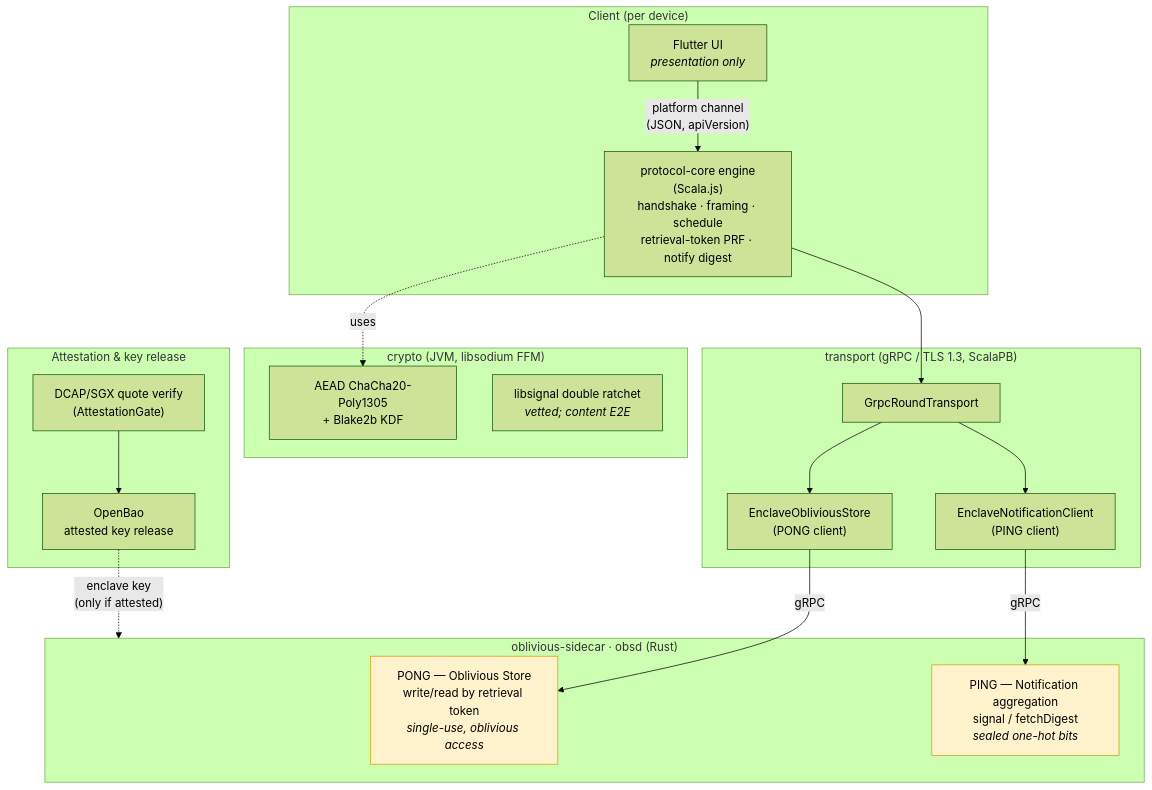
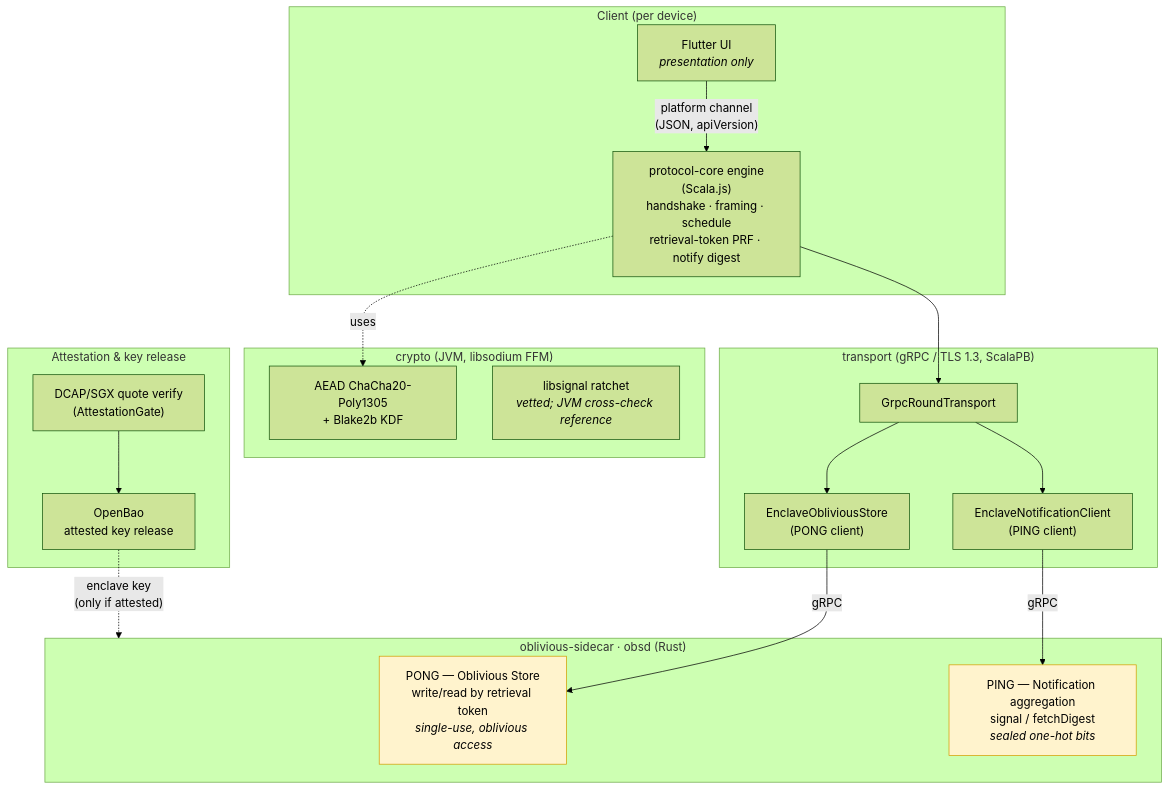
One commit to oluies/Deppis changed the first of 9 diagrams in ARCHITECTURE.md. Above: the diagram before and after it, drawn with Mermaid (forest theme). The commit also changed other lines of this file and 1 other file, not shown here.

````diff
--- a/ARCHITECTURE.md
+++ b/ARCHITECTURE.md
@@ -21,41 +21,41 @@
 ```mermaid
 flowchart TB
     subgraph client["Client (per device)"]
         flutter["Flutter UI<br/><i>presentation only</i>"]
         engine["protocol-core engine<br/>(Scala.js)<br/>handshake · framing · schedule<br/>retrieval-token PRF · notify digest"]
         flutter -->|"platform channel<br/>(JSON, apiVersion)"| engine
     end
 
     subgraph crypto["crypto (JVM, libsodium FFM)"]
         aead["AEAD ChaCha20-Poly1305<br/>+ Blake2b KDF"]
-        ratchet["libsignal double ratchet<br/><i>vetted; content E2E</i>"]
+        ratchet["libsignal ratchet<br/><i>vetted; JVM cross-check reference</i>"]
     end
 
     subgraph transport["transport (gRPC / TLS 1.3, ScalaPB)"]
         grt["GrpcRoundTransport"]
         store_front["EnclaveObliviousStore<br/>(PONG client)"]
         notify_front["EnclaveNotificationClient<br/>(PING client)"]
         grt --> store_front
         grt --> notify_front
     end
 
     subgraph sidecar["oblivious-sidecar · obsd (Rust)"]
         pong["PONG — Oblivious Store<br/>write/read by retrieval token<br/><i>single-use, oblivious access</i>"]
         ping["PING — Notification aggregation<br/>signal / fetchDigest<br/><i>sealed one-hot bits</i>"]
     end
 
     subgraph attest["Attestation & key release"]
         dcap["DCAP/SGX quote verify<br/>(AttestationGate)"]
         bao["OpenBao<br/>attested key release"]
     end
 
     engine -. uses .-> aead
     engine --> grt
     store_front -->|gRPC| pong
     notify_front -->|gRPC| ping
     dcap --> bao
     bao -.->|"enclave key<br/>(only if attested)"| sidecar
 
     classDef dev fill:#fff3cd,stroke:#d39e00;
     class pong,ping dev;
 ```
````
